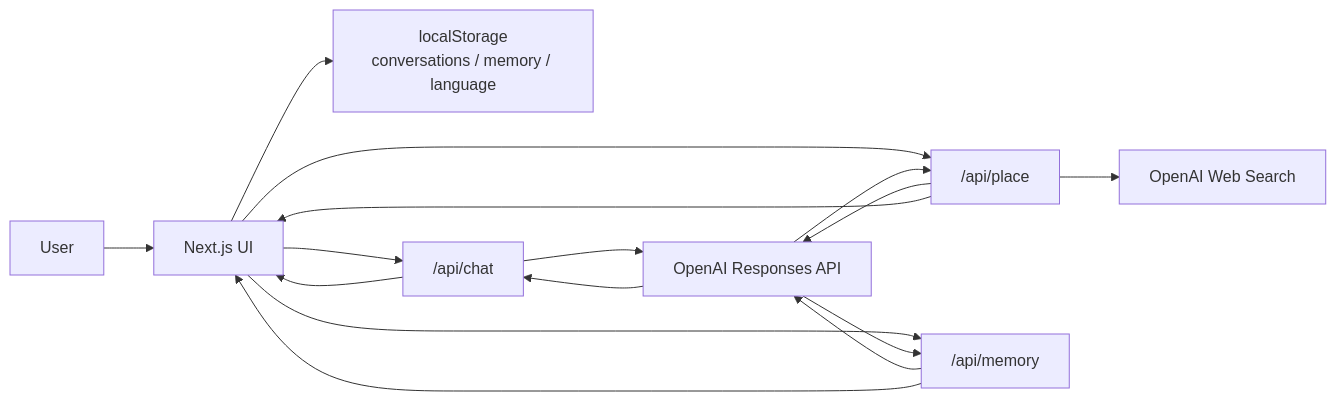
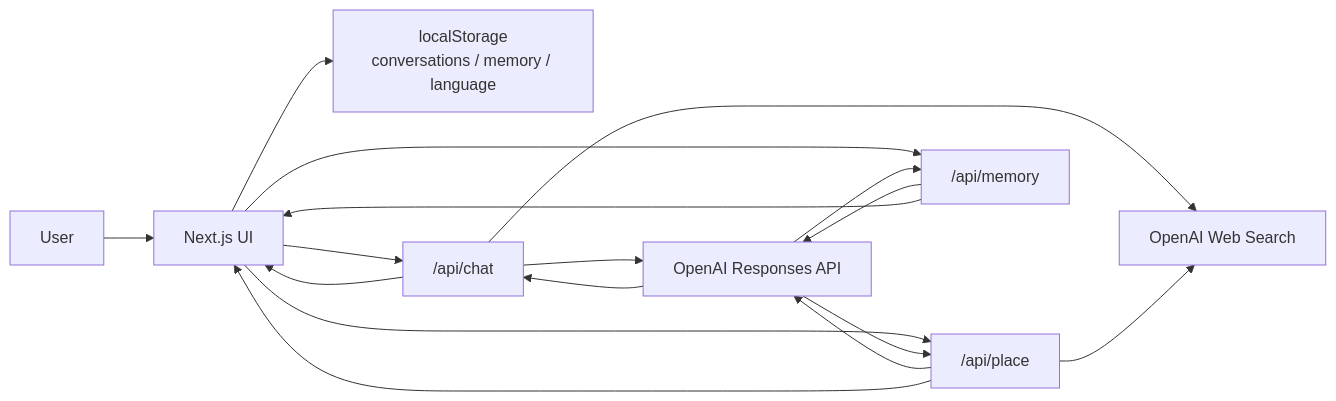
Before and after one commit to dragonwang71/chatbox-demo: the second of 2 diagrams in README.md, drawn with Mermaid. The commit also changed other lines of this file and 3 other files, not shown here.

Commit message:
Unify chat and skill flow

````diff
--- a/README.md
+++ b/README.md
@@ -76,22 +80,23 @@
 ```mermaid
 flowchart LR
   User["User"] --> UI["Next.js UI"]
 
   UI --> Local["localStorage<br/>conversations / memory / language"]
   UI --> ChatAPI["/api/chat"]
   UI --> PlaceAPI["/api/place"]
   UI --> MemoryAPI["/api/memory"]
 
   ChatAPI --> OpenAI["OpenAI Responses API"]
   MemoryAPI --> OpenAI
   PlaceAPI --> OpenAI
+  ChatAPI --> Search["OpenAI Web Search"]
   PlaceAPI --> Search["OpenAI Web Search"]
 
   OpenAI --> ChatAPI
   OpenAI --> PlaceAPI
   OpenAI --> MemoryAPI
 
   ChatAPI --> UI
   PlaceAPI --> UI
   MemoryAPI --> UI
 ```
````
